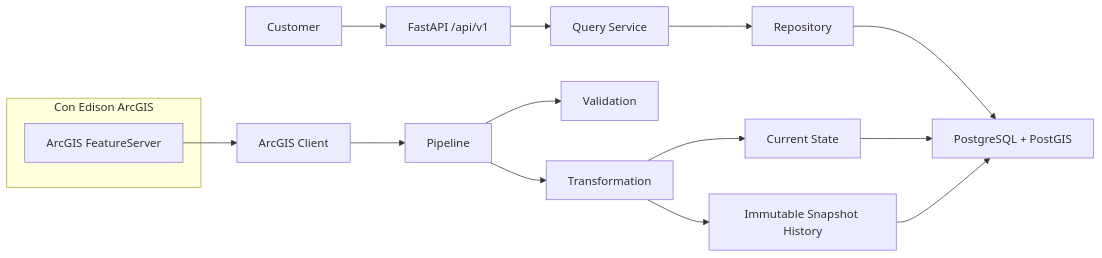
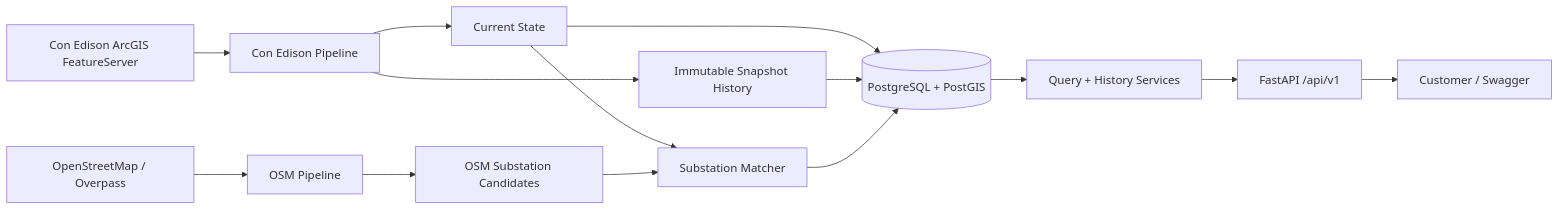
The diagram in docs/architecture.md (joshmann411/meanderX), drawn with Mermaid before and after one commit. The commit also changed other lines of this file and 31 other files, not shown here.

````diff
--- a/docs/architecture.md
+++ b/docs/architecture.md
@@ -3,18 +5,16 @@
 ```mermaid
 flowchart LR
-  subgraph source[Con Edison ArcGIS]
-    A[ArcGIS FeatureServer]
-  end
-  Customer[Customer] --> API[FastAPI /api/v1]
-  API --> Service[Query Service]
-  Service --> Repo[Repository]
-  Repo --> F[PostgreSQL + PostGIS]
-  A --> B[ArcGIS Client]
-  B --> C[Pipeline]
-  C --> D[Validation]
-  C --> E[Transformation]
-  E --> Current[Current State]
-  E --> History[Immutable Snapshot History]
-  Current --> F
-  History --> F
+  ArcGIS[Con Edison ArcGIS FeatureServer] --> ConEd[Con Edison Pipeline]
+  OSM[OpenStreetMap / Overpass] --> OsmPipe[OSM Pipeline]
+  ConEd --> Current[Current State]
+  ConEd --> History[Immutable Snapshot History]
+  OsmPipe --> OsmCandidates[OSM Substation Candidates]
+  Current --> Matcher[Substation Matcher]
+  OsmCandidates --> Matcher
+  Current --> DB[(PostgreSQL + PostGIS)]
+  History --> DB
+  Matcher --> DB
+  DB --> Service[Query + History Services]
+  Service --> API[FastAPI /api/v1]
+  API --> Customer[Customer / Swagger]
 ```
````
